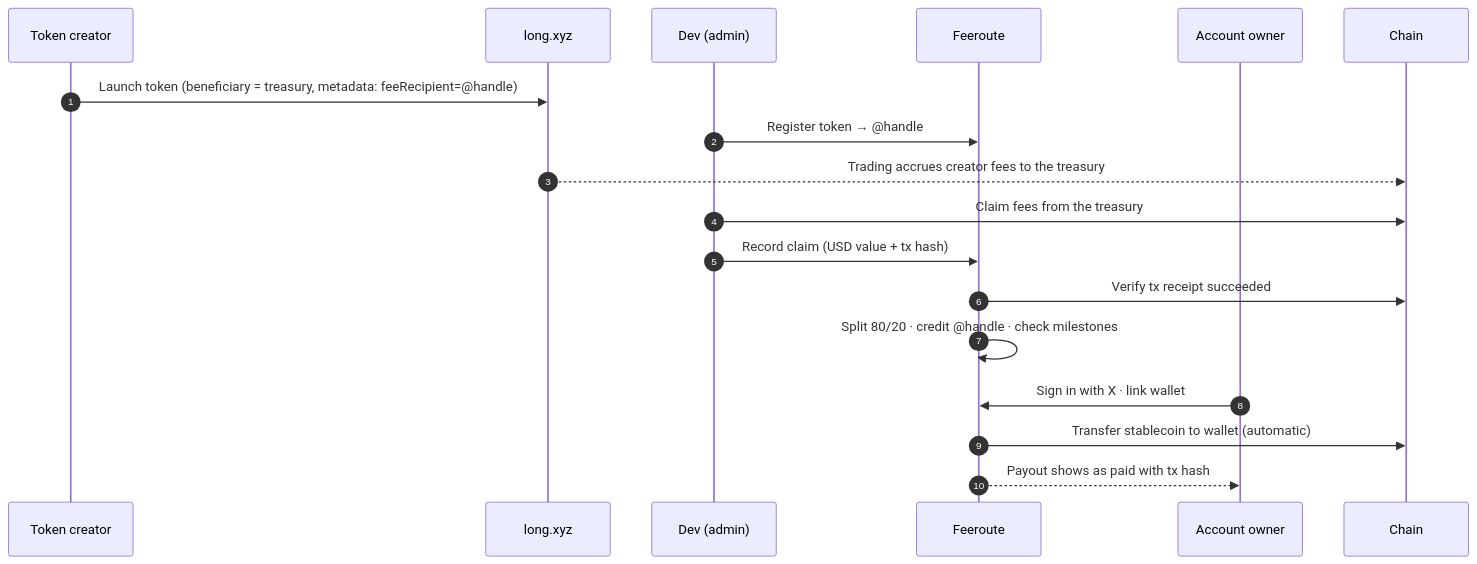
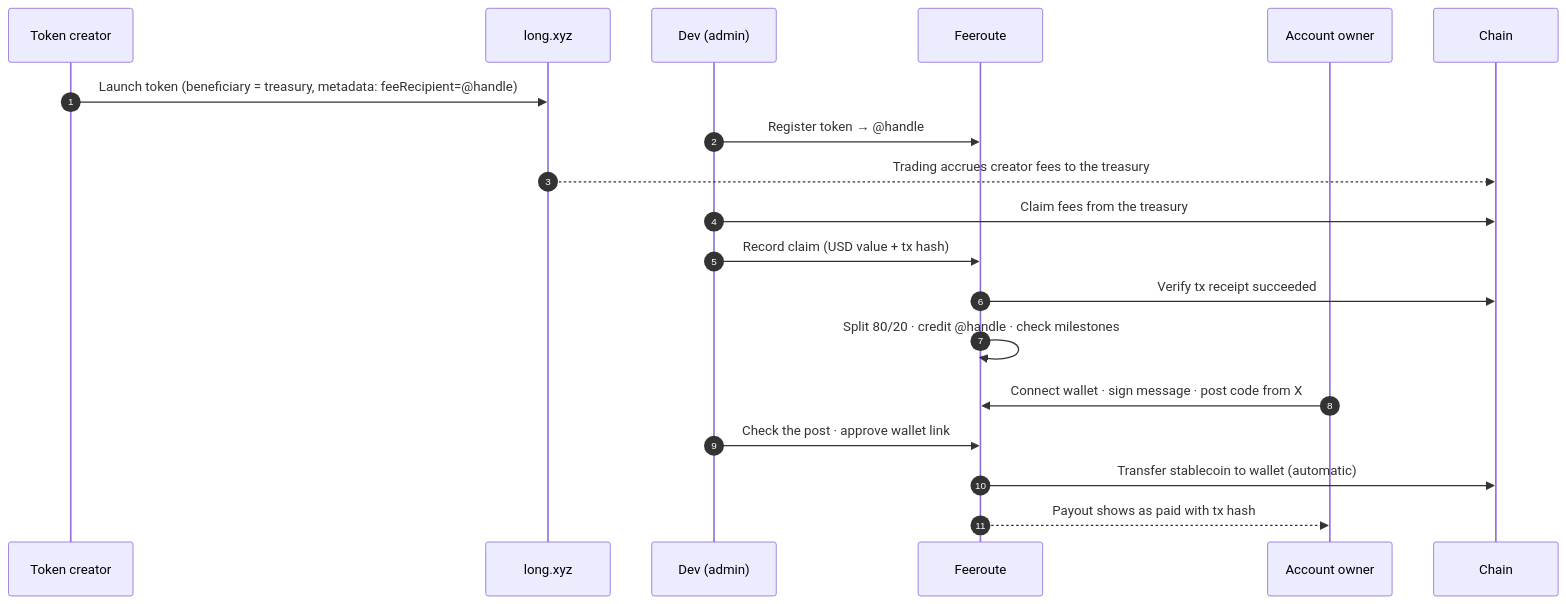
One commit to uselongpaid/uselongpaid changed the first of 2 diagrams in README.md. Above: the diagram before and after it, drawn with Mermaid. The commit also changed other lines of this file and 30 other files, not shown here.

First line of the commit message:
Replace X sign-in with Connect wallet on Robinhood Chain

````diff
--- a/README.md
+++ b/README.md
@@ -52,21 +53,22 @@
 ```mermaid
 sequenceDiagram
     autonumber
     participant C as Token creator
     participant L as long.xyz
     participant D as Dev (admin)
     participant F as Feeroute
     participant X as Account owner
     participant B as Chain
 
     C->>L: Launch token (beneficiary = treasury, metadata: feeRecipient=@handle)
     D->>F: Register token → @handle
     L-->>B: Trading accrues creator fees to the treasury
     D->>B: Claim fees from the treasury
     D->>F: Record claim (USD value + tx hash)
     F->>B: Verify tx receipt succeeded
     F->>F: Split 80/20 · credit @handle · check milestones
-    X->>F: Sign in with X · link wallet
+    X->>F: Connect wallet · sign message · post code from X
+    D->>F: Check the post · approve wallet link
     F->>B: Transfer stablecoin to wallet (automatic)
     F-->>X: Payout shows as paid with tx hash
 ```
````
